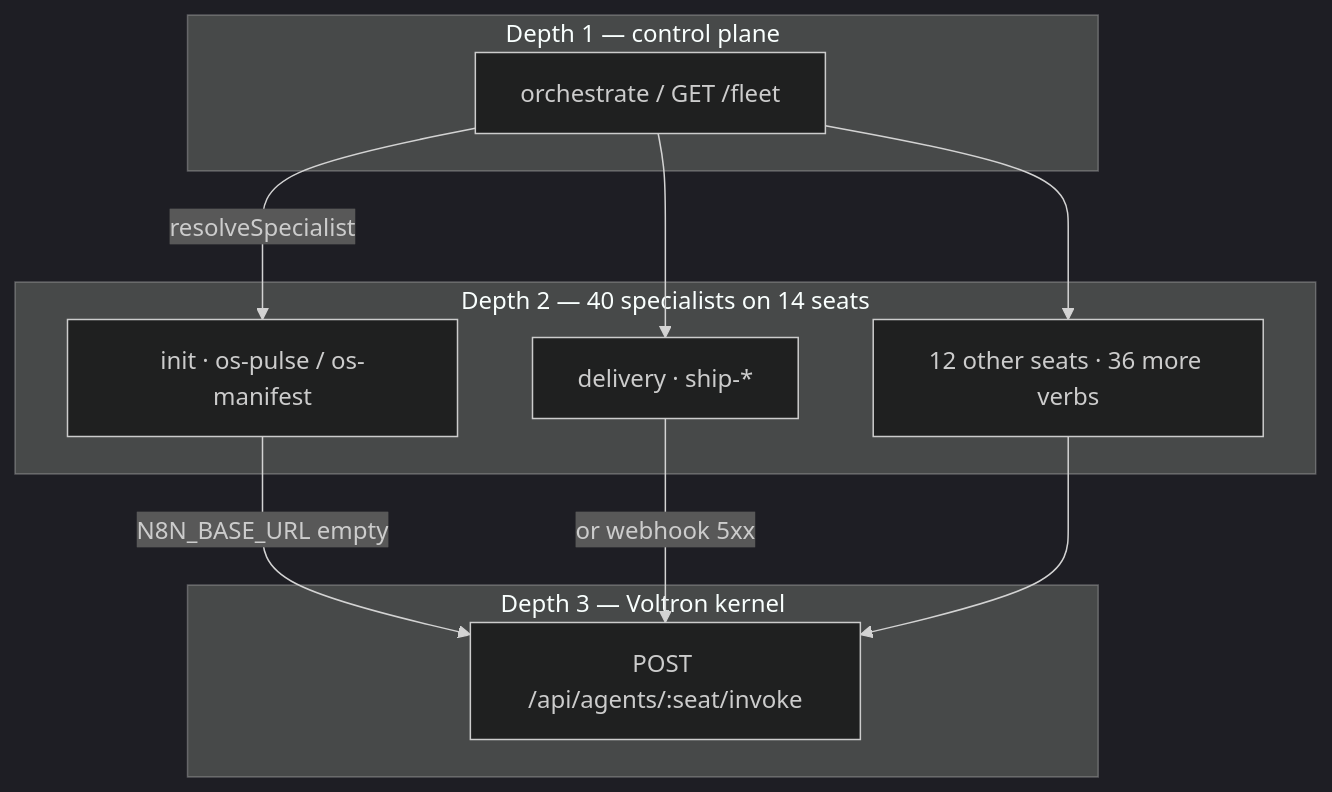
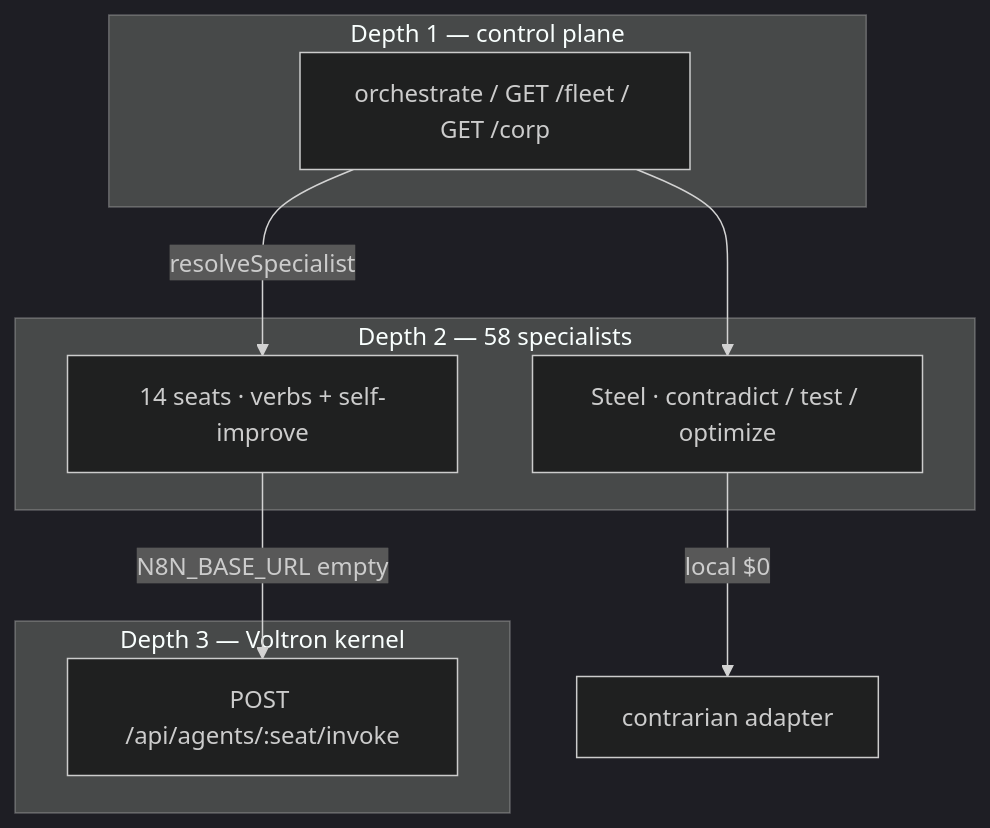
The diagram in docs/N8N.md (cashtro/cashtro), drawn with Mermaid (dark theme) before and after one commit. The commit also changed other lines of this file and 29 other files, not shown here.

First line of the commit message:
feat: coup questions, Steel department, self-improve per seat

````diff
--- a/docs/N8N.md
+++ b/docs/N8N.md
@@ -6,20 +7,17 @@
 ```mermaid
 flowchart TB
   subgraph depth1["Depth 1 — control plane"]
-    CP[orchestrate / GET /fleet]
+    CP[orchestrate / GET /fleet / GET /corp]
   end
-  subgraph depth2["Depth 2 — 40 specialists on 14 seats"]
-    S1[init · os-pulse / os-manifest]
-    S2[delivery · ship-*]
-    S3[12 other seats · 36 more verbs]
+  subgraph depth2["Depth 2 — 58 specialists"]
+    S1[14 seats · verbs + self-improve]
+    S2[Steel · contradict / test / optimize]
   end
   subgraph depth3["Depth 3 — Voltron kernel"]
     K[POST /api/agents/:seat/invoke]
   end
   CP -->|resolveSpecialist| S1
   CP --> S2
-  CP --> S3
   S1 -->|N8N_BASE_URL empty| K
-  S2 -->|or webhook 5xx| K
-  S3 --> K
+  S2 -->|local $0| ST[contrarian adapter]
 ```
````
